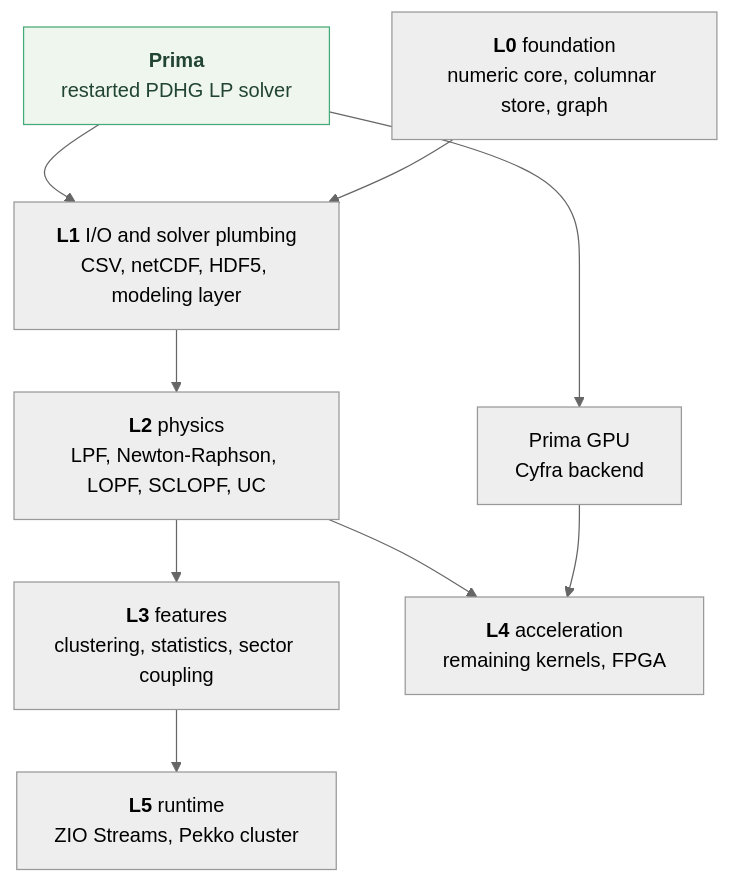
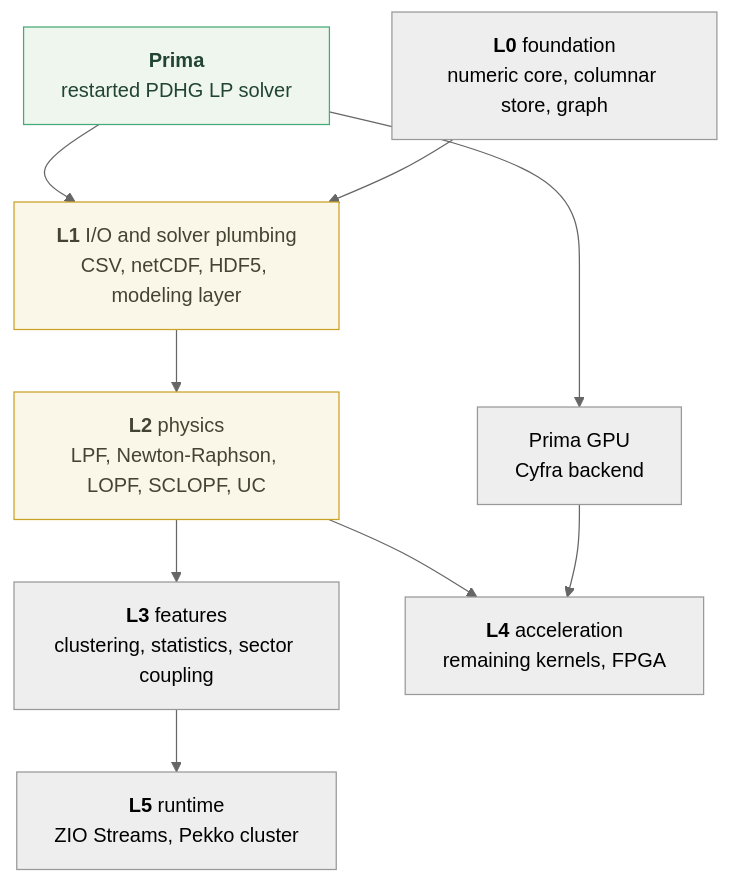
The sixth of 6 diagrams in ARCHITECTURE.md (oluies/noaidi), drawn with Mermaid (neutral theme) before and after one commit. The commit also changed other lines of this file and 69 other files, not shown here.

````diff
--- a/ARCHITECTURE.md
+++ b/ARCHITECTURE.md
@@ -255,23 +274,25 @@
 ```mermaid
 graph TD
     prima["<b>Prima</b><br/>restarted PDHG LP solver"]
     primaGpu["Prima GPU<br/>Cyfra backend"]
     l0["<b>L0</b> foundation<br/>numeric core, columnar store, graph"]
     l1["<b>L1</b> I/O and solver plumbing<br/>CSV, netCDF, HDF5, modeling layer"]
     l2["<b>L2</b> physics<br/>LPF, Newton-Raphson, LOPF, SCLOPF, UC"]
     l3["<b>L3</b> features<br/>clustering, statistics, sector coupling"]
     l4["<b>L4</b> acceleration<br/>remaining kernels, FPGA"]
     l5["<b>L5</b> runtime<br/>ZIO Streams, Pekko cluster"]
 
     prima --> primaGpu
     prima --> l1
     l0 --> l1
     l1 --> l2
     l2 --> l3
     l2 --> l4
     primaGpu --> l4
     l3 --> l5
 
     classDef done fill:#eef6ee,stroke:#4a7,color:#243;
+    classDef partial fill:#fbf7e8,stroke:#c9a227,color:#443;
     class prima done;
+    class l1,l2 partial;
 ```
````
